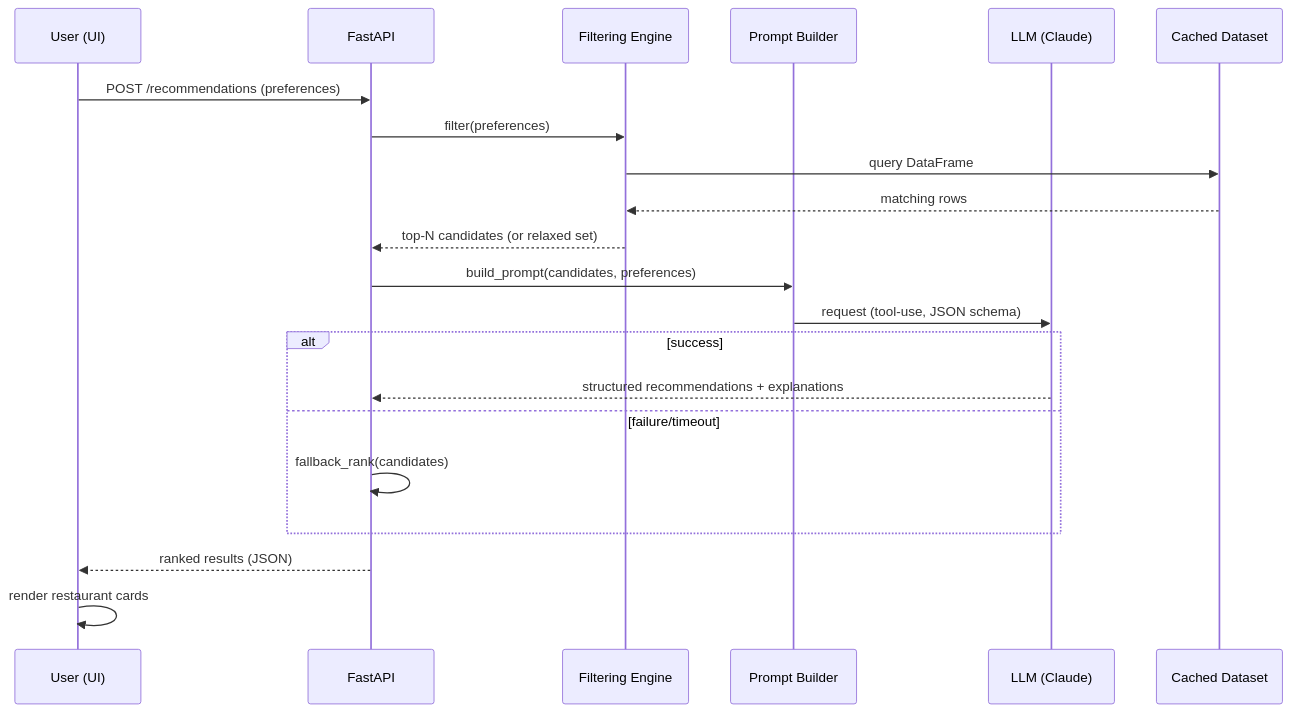
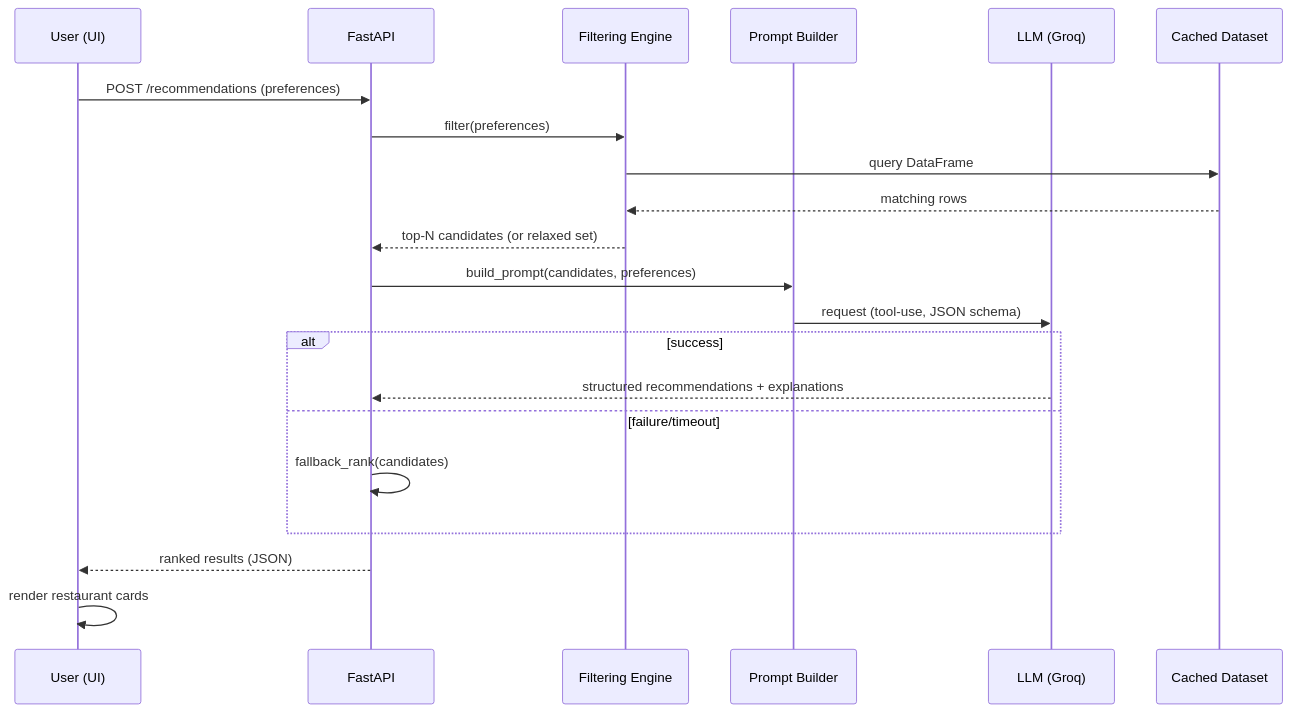
The second of 2 diagrams in docs/architecture.md (vikramragu/AI-Test-Project), drawn with Mermaid before and after one commit. The commit also changed other lines of this file and 2 other files, not shown here.

First line of the commit message:
Switch LLM provider from Anthropic Claude to Groq

````diff
--- a/docs/architecture.md
+++ b/docs/architecture.md
@@ -123,24 +125,24 @@
 ```mermaid
 sequenceDiagram
     participant U as User (UI)
     participant A as FastAPI
     participant F as Filtering Engine
     participant P as Prompt Builder
-    participant L as LLM (Claude)
+    participant L as LLM (Groq)
     participant C as Cached Dataset
 
     U->>A: POST /recommendations (preferences)
     A->>F: filter(preferences)
     F->>C: query DataFrame
     C-->>F: matching rows
     F-->>A: top-N candidates (or relaxed set)
     A->>P: build_prompt(candidates, preferences)
     P->>L: request (tool-use, JSON schema)
     alt success
         L-->>A: structured recommendations + explanations
     else failure/timeout
         A->>A: fallback_rank(candidates)
     end
     A-->>U: ranked results (JSON)
     U->>U: render restaurant cards
 ```
````
